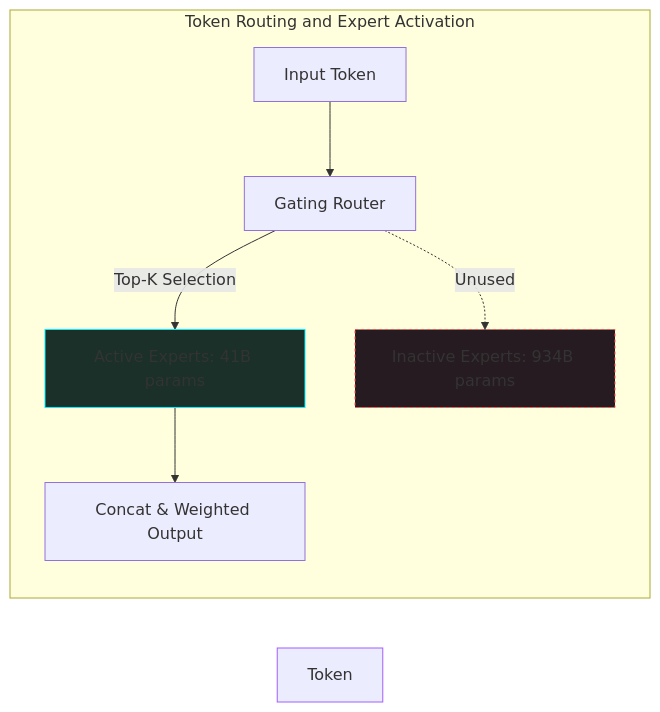
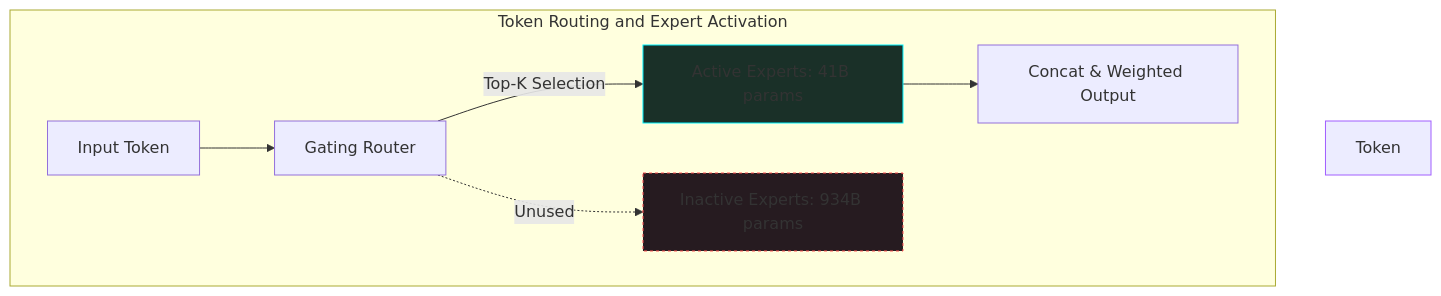
One commit to narenandu/narenvadapalli_dot_com changed the diagram in contents/blog/0055-thinking-machines-inkling-open-multimodal-moe/index.md. Above: the diagram before and after it, drawn with Mermaid. The commit also changed 22 other files, not shown here.

Commit message:
fix(blog): resolve side-by-side Mermaid diagrams, KaTeX math formatting, and alert tags across all blogs

````diff
--- a/contents/blog/0055-thinking-machines-inkling-open-multimodal-moe/index.md
+++ b/contents/blog/0055-thinking-machines-inkling-open-multimodal-moe/index.md
@@ -55,13 +55,13 @@
 ```mermaid
-graph LR
+flowchart TD
     subgraph Token Routing [Token Routing and Expert Activation]
         T_In[Input Token] --> G_Router[Gating Router]
         G_Router -->|Top-K Selection| E_Active[Active Experts: 41B params]
         G_Router -.->|Unused| E_Inactive[Inactive Experts: 934B params]
         E_Active --> O_Concat[Concat & Weighted Output]
     end
 
     style Token Routing fill:#13111c,stroke:#a15eff,stroke-width:1px
     style E_Active fill:#1a3028,stroke:#00f2fe,stroke-width:1px
     style E_Inactive fill:#261b20,stroke:#ff5353,stroke-width:1px,stroke-dasharray: 3 3
 ```
````
